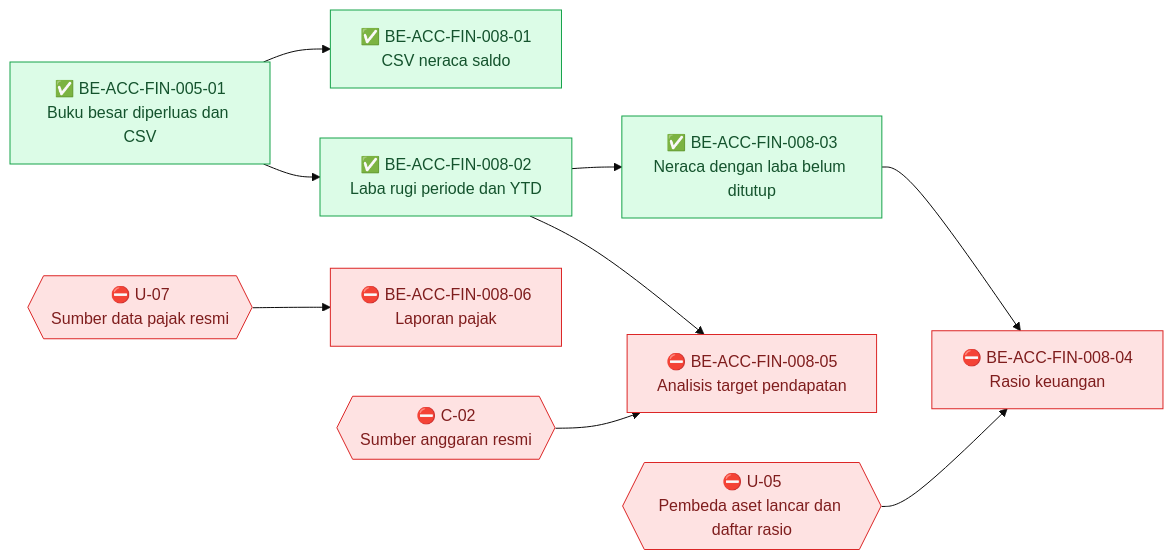
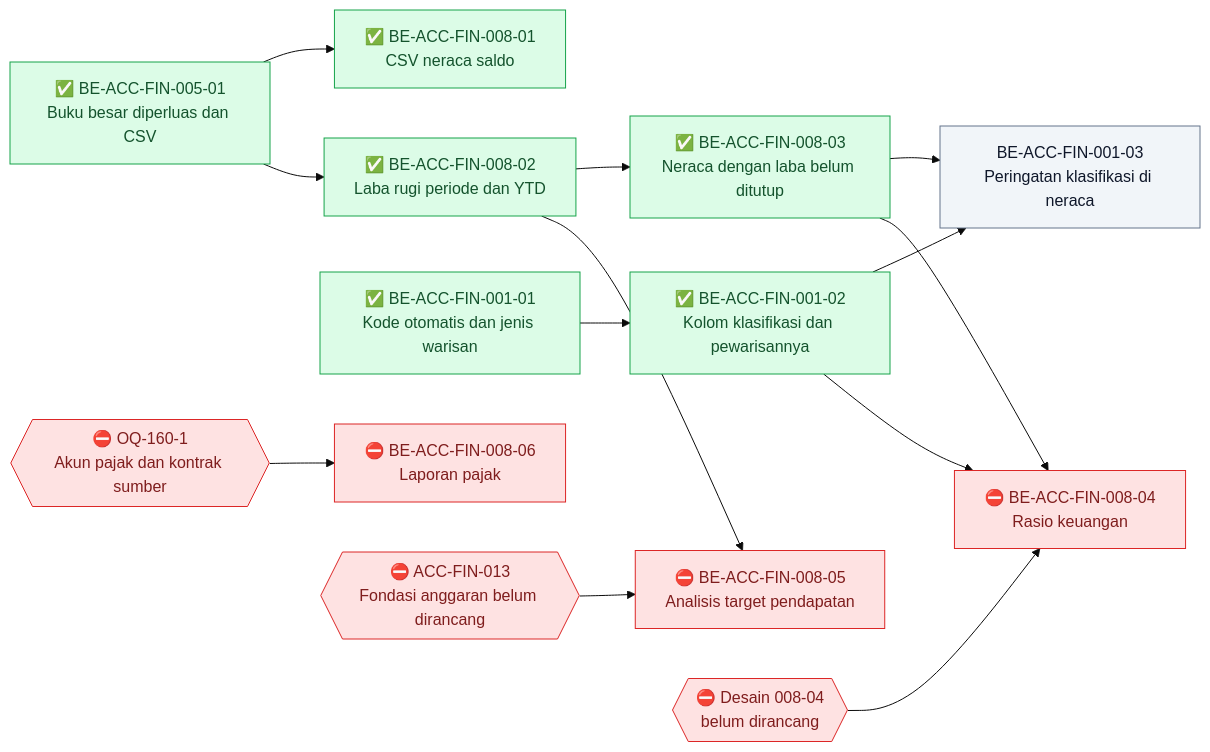
The diagram in docs/module-blueprints/accounting/roadmap/backend-roadmap-finishing.md (DevBenari/NewQuilvianSystemBackend), drawn with Mermaid (base theme) before and after one commit. The commit also changed other lines of this file and 21 other files, not shown here.

First line of the commit message:
docs(accounting): desain, roadmap, dan laporan Amendment ACC-FIN-001 Master COA

````diff
--- a/docs/module-blueprints/accounting/roadmap/backend-roadmap-finishing.md
+++ b/docs/module-blueprints/accounting/roadmap/backend-roadmap-finishing.md
@@ -43,28 +43,35 @@
 ```mermaid
 flowchart LR
     classDef selesai fill:#DCFCE7,stroke:#16A34A,color:#14532D
     classDef sebagian fill:#FEF9C3,stroke:#CA8A04,color:#713F12
     classDef terblokir fill:#FEE2E2,stroke:#DC2626,color:#7F1D1D
     classDef belum fill:#F1F5F9,stroke:#64748B,color:#0F172A
     classDef luar fill:#EDE9FE,stroke:#7C3AED,color:#3B0764
 
     BEACCFIN00501["✅ BE-ACC-FIN-005-01<br/>Buku besar diperluas dan CSV"]:::selesai
     BEACCFIN00801["✅ BE-ACC-FIN-008-01<br/>CSV neraca saldo"]:::selesai
     BEACCFIN00802["✅ BE-ACC-FIN-008-02<br/>Laba rugi periode dan YTD"]:::selesai
     BEACCFIN00803["✅ BE-ACC-FIN-008-03<br/>Neraca dengan laba belum ditutup"]:::selesai
+    BEACCFIN00101["✅ BE-ACC-FIN-001-01<br/>Kode otomatis dan jenis warisan"]:::selesai
+    BEACCFIN00102["✅ BE-ACC-FIN-001-02<br/>Kolom klasifikasi dan pewarisannya"]:::selesai
+    BEACCFIN00103["BE-ACC-FIN-001-03<br/>Peringatan klasifikasi di neraca"]:::belum
     BEACCFIN00804["⛔ BE-ACC-FIN-008-04<br/>Rasio keuangan"]:::terblokir
     BEACCFIN00805["⛔ BE-ACC-FIN-008-05<br/>Analisis target pendapatan"]:::terblokir
     BEACCFIN00806["⛔ BE-ACC-FIN-008-06<br/>Laporan pajak"]:::terblokir
-    U05{{"⛔ U-05<br/>Pembeda aset lancar dan daftar rasio"}}:::terblokir
-    C02{{"⛔ C-02<br/>Sumber anggaran resmi"}}:::terblokir
-    U07{{"⛔ U-07<br/>Sumber data pajak resmi"}}:::terblokir
+    D804{{"⛔ Desain 008-04<br/>belum dirancang"}}:::terblokir
+    F013{{"⛔ ACC-FIN-013<br/>Fondasi anggaran belum dirancang"}}:::terblokir
+    OQ1601{{"⛔ OQ-160-1<br/>Akun pajak dan kontrak sumber"}}:::terblokir
 
     BEACCFIN00501 --> BEACCFIN00801
     BEACCFIN00501 --> BEACCFIN00802
     BEACCFIN00802 --> BEACCFIN00803
+    BEACCFIN00101 --> BEACCFIN00102
+    BEACCFIN00102 --> BEACCFIN00103
+    BEACCFIN00803 --> BEACCFIN00103
     BEACCFIN00803 --> BEACCFIN00804
-    U05 --> BEACCFIN00804
+    BEACCFIN00102 --> BEACCFIN00804
+    D804 --> BEACCFIN00804
     BEACCFIN00802 --> BEACCFIN00805
-    C02 --> BEACCFIN00805
-    U07 --> BEACCFIN00806
+    F013 --> BEACCFIN00805
+    OQ1601 --> BEACCFIN00806
 ```
````
